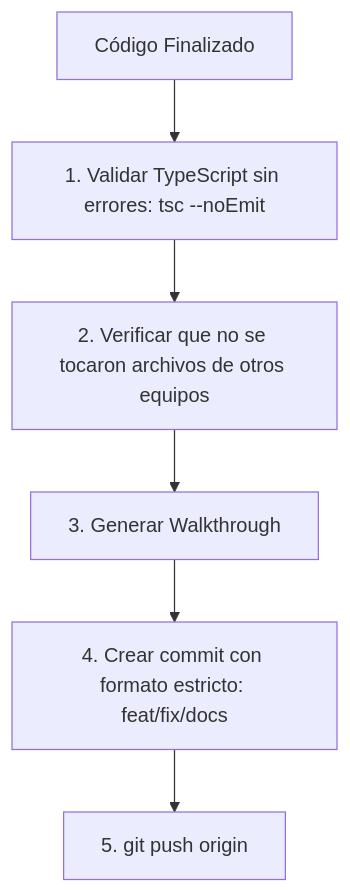
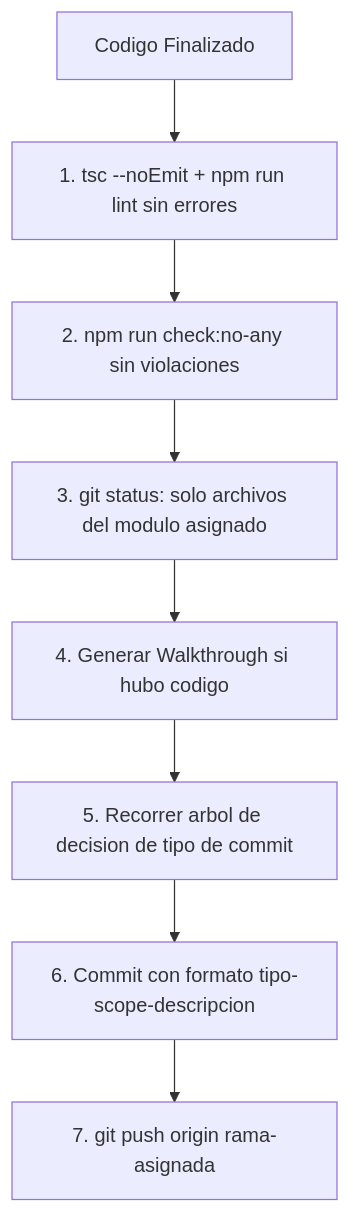
The second of 2 diagrams in docs/00_SISTEMA/02_GUIAS_Y_ESTANDARES/GUIA_GIT_COMMITS_Y_PUSH.md (pintuclic/pintuclic.com), drawn with Mermaid before and after one commit. The commit also changed other lines of this file and 3 other files, not shown here.

````diff
--- a/docs/00_SISTEMA/02_GUIAS_Y_ESTANDARES/GUIA_GIT_COMMITS_Y_PUSH.md
+++ b/docs/00_SISTEMA/02_GUIAS_Y_ESTANDARES/GUIA_GIT_COMMITS_Y_PUSH.md
@@ -65,8 +274,10 @@
 ```mermaid
 graph TD
-    A[Código Finalizado] --> B[1. Validar TypeScript sin errores: tsc --noEmit]
-    B --> C[2. Verificar que no se tocaron archivos de otros equipos]
-    C --> D[3. Generar Walkthrough]
-    D --> E[4. Crear commit con formato estricto: feat/fix/docs]
-    E --> F[5. git push origin <rama-asignada>]
+    A[Codigo Finalizado] --> B[1. tsc --noEmit + npm run lint sin errores]
+    B --> C[2. npm run check:no-any sin violaciones]
+    C --> D[3. git status: solo archivos del modulo asignado]
+    D --> E[4. Generar Walkthrough si hubo codigo]
+    E --> F[5. Recorrer arbol de decision de tipo de commit]
+    F --> G[6. Commit con formato tipo-scope-descripcion]
+    G --> H[7. git push origin rama-asignada]
 ```
````
